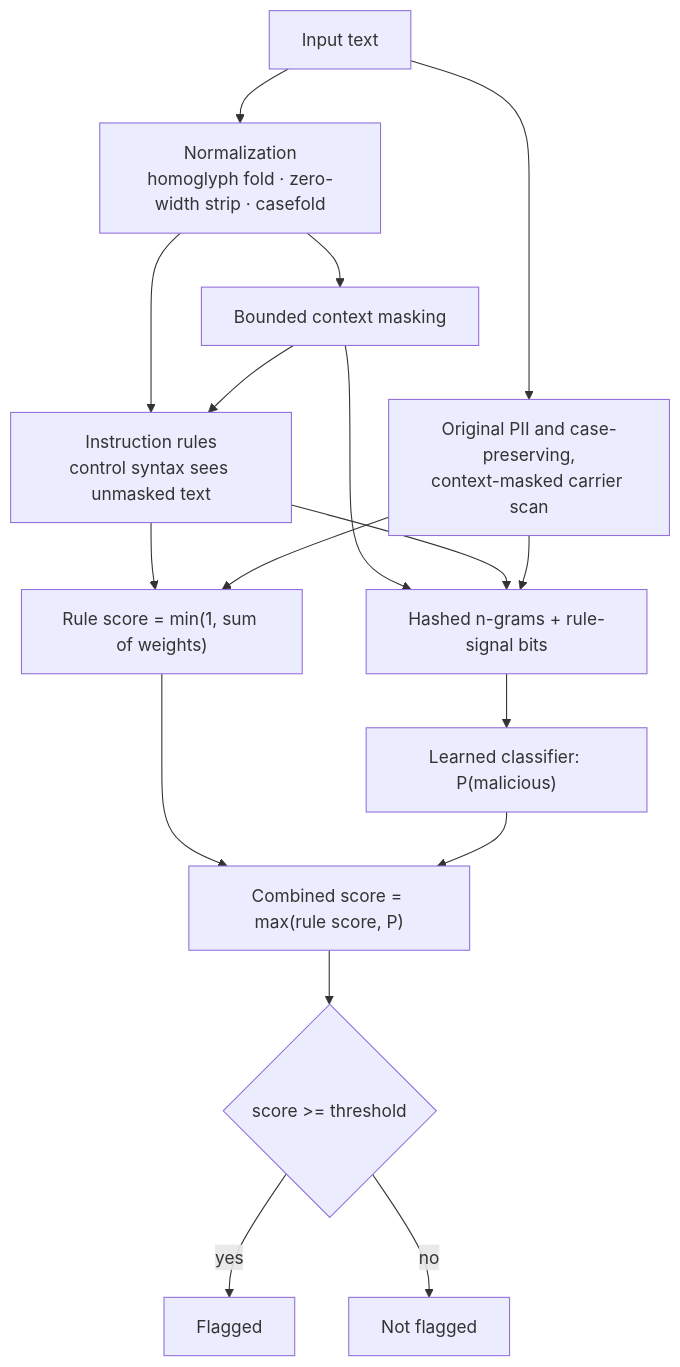
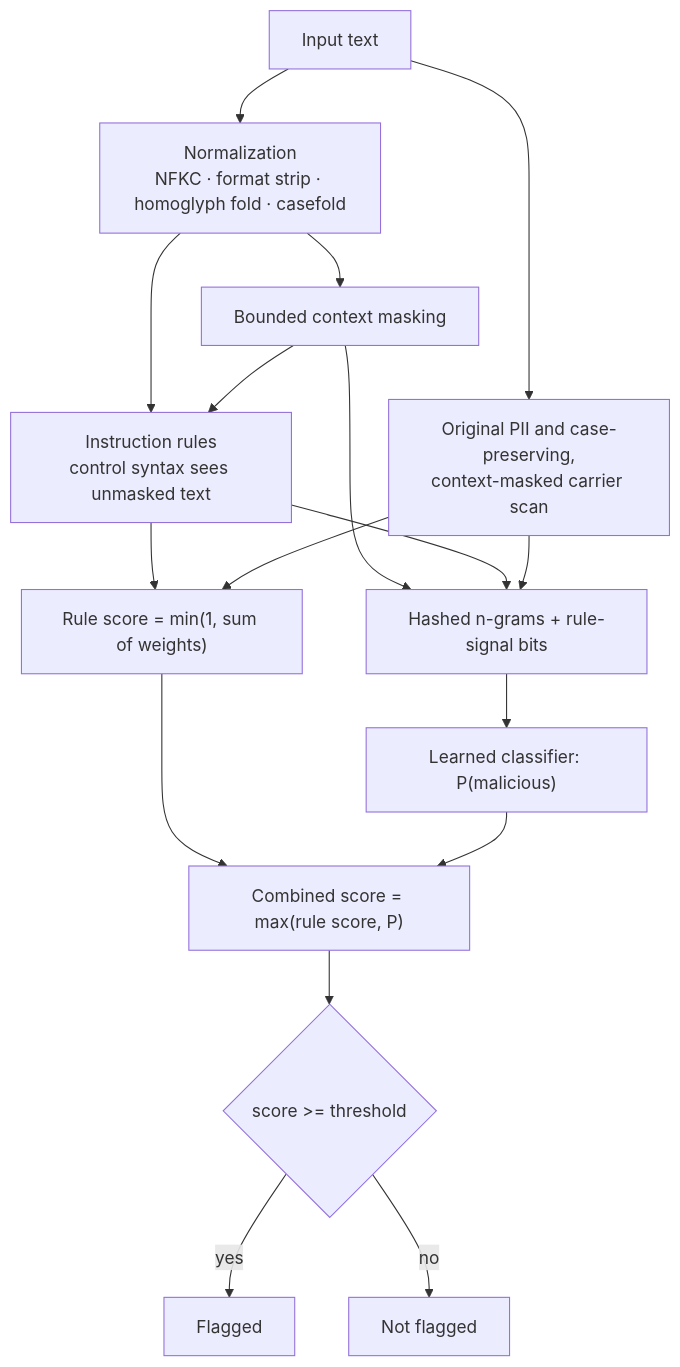
The first of 2 diagrams in README.md (balamuruganpg/promptwarden), drawn with Mermaid before and after one commit. The commit also changed other lines of this file and 8 other files, not shown here.

Commit message:
PromptWarden 0.7.1: strip Unicode format/control characters and NFKC-fold in normalization — bidi/word-joiner/soft-hyphen/NUL/fullwidth evasions closed, benign multilingual scores unchanged

````diff
--- a/README.md
+++ b/README.md
@@ -82,19 +82,19 @@
 ```mermaid
 flowchart TD
-  T[Input text] --> N["Normalization<br/>homoglyph fold · zero-width strip · casefold"]
+  T[Input text] --> N["Normalization<br/>NFKC · format strip · homoglyph fold · casefold"]
   T --> I["Original PII and case-preserving,<br/>context-masked carrier scan"]
   N --> C[Bounded context masking]
   N --> R["Instruction rules<br/>control syntax sees unmasked text"]
   C --> R
   C --> F[Hashed n-grams + rule-signal bits]
   R --> F
   I --> F
   R --> S["Rule score = min(1, sum of weights)"]
   I --> S
   F --> P["Learned classifier: P(malicious)"]
   S --> M["Combined score = max(rule score, P)"]
   P --> M
   M --> D{score >= threshold}
   D -->|yes| FL[Flagged]
   D -->|no| CL[Not flagged]
 ```
````
